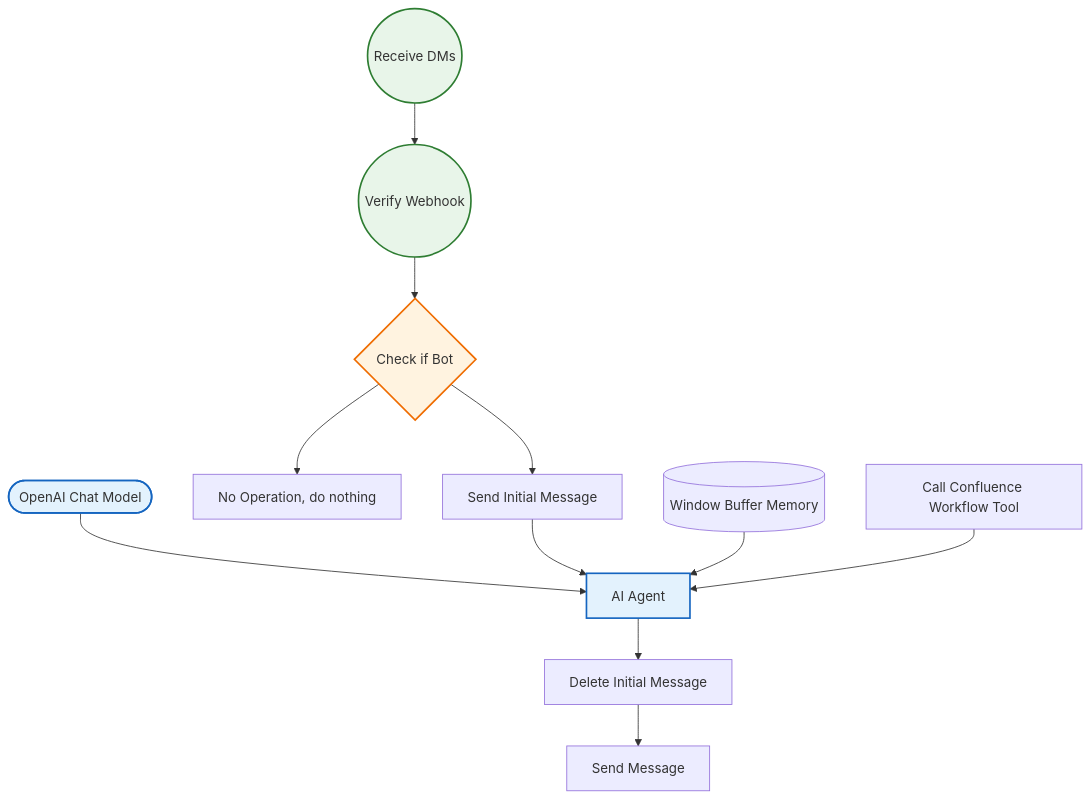
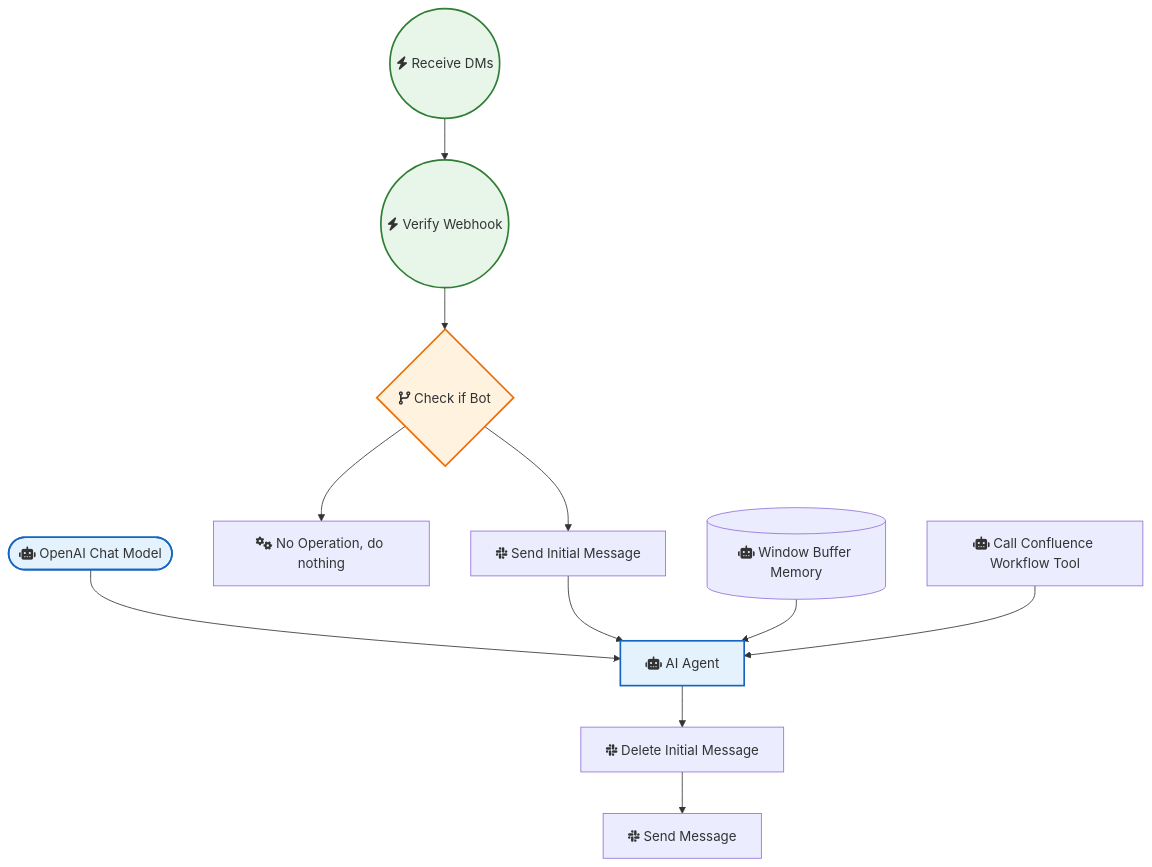
One commit to sreyash3105/N8N-DEMO-AUTOMATIONS changed the diagram in Slack/IT Ops AI SlackBot Workflow - Chat with your knowledge base.md. Above: the diagram before and after it, drawn with Mermaid. The commit also changed 291 other files, not shown here.

````diff
--- a/Slack/IT Ops AI SlackBot Workflow - Chat with your knowledge base.md
+++ b/Slack/IT Ops AI SlackBot Workflow - Chat with your knowledge base.md
@@ -1,29 +1,29 @@
 ```mermaid
 graph TD
     classDef trigger fill:#e8f5e9,stroke:#2e7d32,stroke-width:2px;
     classDef ai fill:#e3f2fd,stroke:#1565c0,stroke-width:2px;
     classDef logic fill:#fff3e0,stroke:#ef6c00,stroke-width:2px;
 
-    Verify_Webhook(("Verify Webhook")):::trigger
-    OpenAI_Chat_Model(["OpenAI Chat Model"]):::ai
-    No_Operation__do_nothing["No Operation, do nothing"]
-    Window_Buffer_Memory[("Window Buffer Memory")]
-    Check_if_Bot{"Check if Bot"}:::logic
-    Send_Initial_Message["Send Initial Message"]
-    Delete_Initial_Message["Delete Initial Message"]
-    Send_Message["Send Message"]
-    Receive_DMs(("Receive DMs")):::trigger
-    Call_Confluence_Workflow_Tool["Call Confluence Workflow Tool"]
-    AI_Agent["AI Agent"]:::ai
+    Verify_Webhook(("fas:fa-bolt Verify Webhook")):::trigger
+    OpenAI_Chat_Model(["fas:fa-robot OpenAI Chat Model"]):::ai
+    No_Operation__do_nothing["fas:fa-cogs No Operation, do nothing"]
+    Window_Buffer_Memory[("fas:fa-robot Window Buffer Memory")]
+    Check_if_Bot{"fas:fa-code-branch Check if Bot"}:::logic
+    Send_Initial_Message["fab:fa-slack Send Initial Message"]
+    Delete_Initial_Message["fab:fa-slack Delete Initial Message"]
+    Send_Message["fab:fa-slack Send Message"]
+    Receive_DMs(("fas:fa-bolt Receive DMs")):::trigger
+    Call_Confluence_Workflow_Tool["fas:fa-robot Call Confluence Workflow Tool"]
+    AI_Agent["fas:fa-robot AI Agent"]:::ai
 
     AI_Agent --> Delete_Initial_Message
     Receive_DMs --> Verify_Webhook
     Check_if_Bot --> No_Operation__do_nothing
     Check_if_Bot --> Send_Initial_Message
     Verify_Webhook --> Check_if_Bot
     OpenAI_Chat_Model --> AI_Agent
     Send_Initial_Message --> AI_Agent
     Window_Buffer_Memory --> AI_Agent
     Delete_Initial_Message --> Send_Message
     Call_Confluence_Workflow_Tool --> AI_Agent
 ```
````
